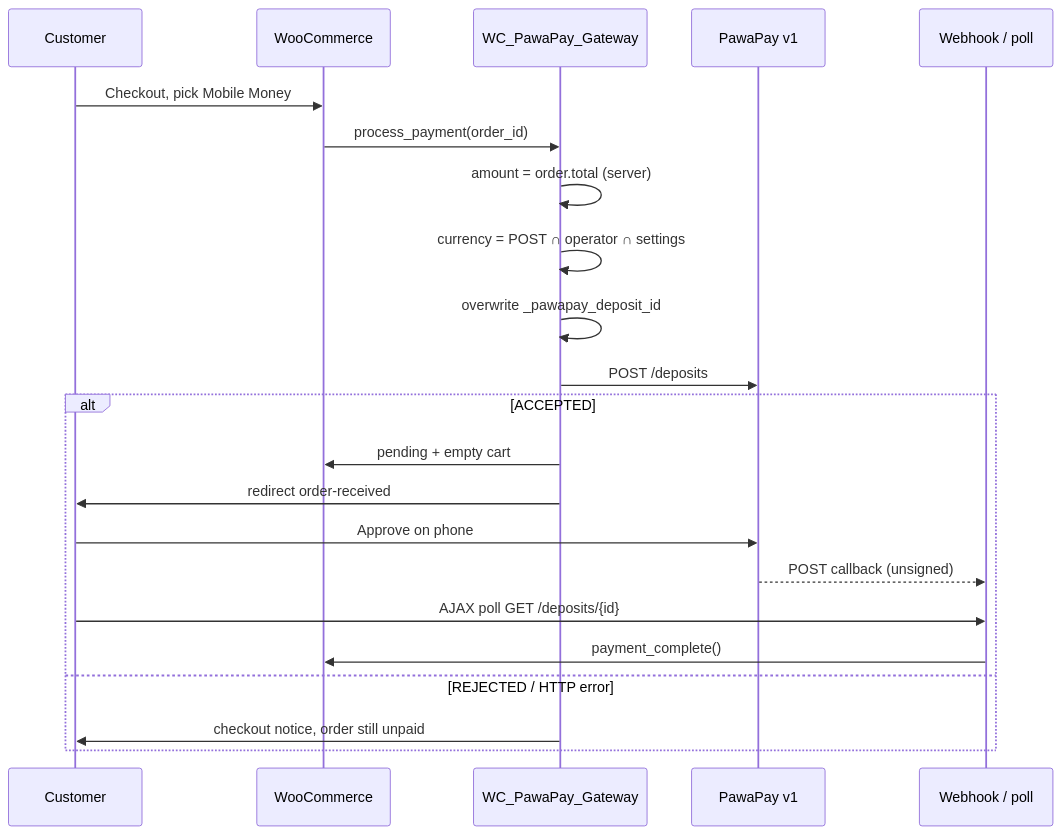
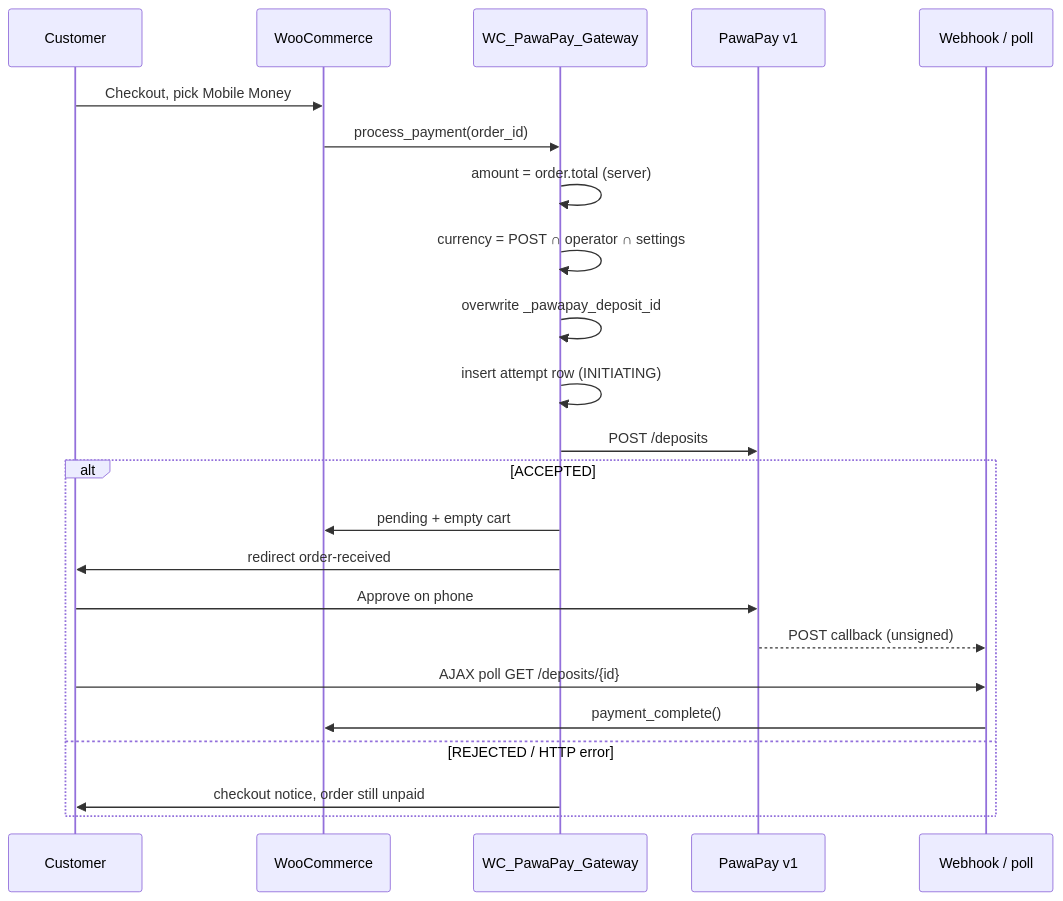
Before and after one commit to mmarcwabo/pawapay-woocommerce: the diagram in docs/architecture/payment-flow.md, drawn with Mermaid. The commit also changed other lines of this file and 18 other files, not shown here.

````diff
--- a/docs/architecture/payment-flow.md
+++ b/docs/architecture/payment-flow.md
@@ -7,25 +7,26 @@
 ```mermaid
 sequenceDiagram
     participant C as Customer
     participant Woo as WooCommerce
     participant G as WC_PawaPay_Gateway
     participant P as PawaPay v1
     participant W as Webhook / poll
 
     C->>Woo: Checkout, pick Mobile Money
     Woo->>G: process_payment(order_id)
     G->>G: amount = order.total (server)
     G->>G: currency = POST ∩ operator ∩ settings
     G->>G: overwrite _pawapay_deposit_id
+    G->>G: insert attempt row (INITIATING)
     G->>P: POST /deposits
     alt ACCEPTED
         G->>Woo: pending + empty cart
         G->>C: redirect order-received
         C->>P: Approve on phone
         P-->>W: POST callback (unsigned)
         C->>W: AJAX poll GET /deposits/{id}
         W->>Woo: payment_complete()
     else REJECTED / HTTP error
         G->>C: checkout notice, order still unpaid
     end
 ```
````
